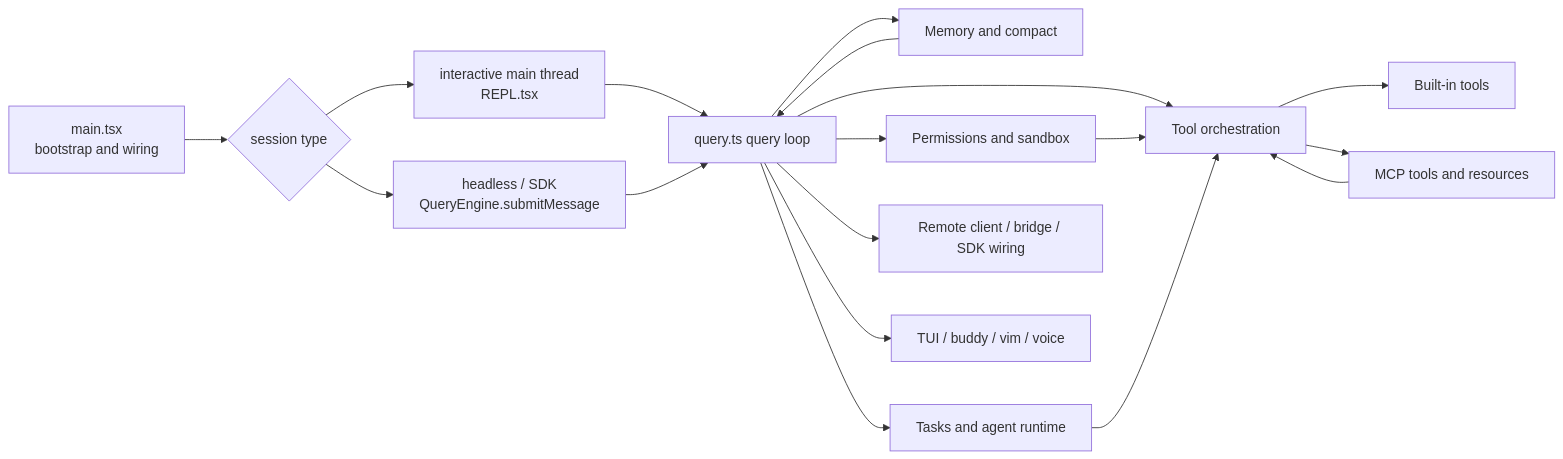
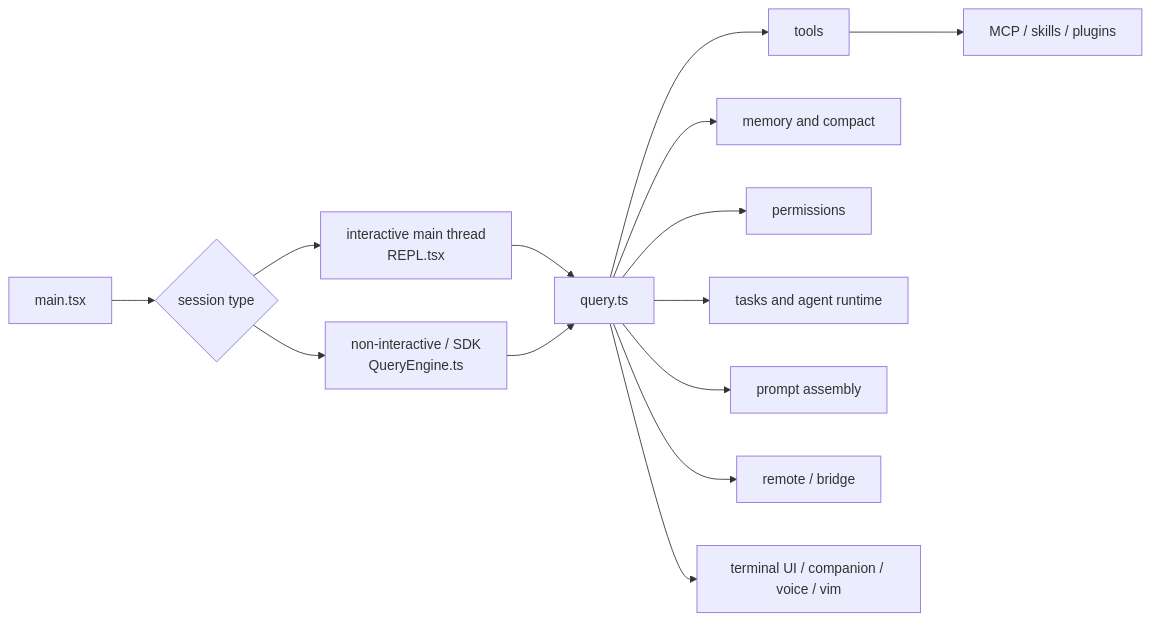
The diagram in ARCHITECTURE.md (Boulea7/ClaudeCode-Source-DeepDive), drawn with Mermaid before and after one commit. The commit also changed other lines of this file and 26 other files, not shown here.

````diff
--- a/ARCHITECTURE.md
+++ b/ARCHITECTURE.md
@@ -19,20 +45,16 @@
 ```mermaid
 flowchart LR
-    A[main.tsx<br/>bootstrap and wiring] --> B{session type}
+    A[main.tsx] --> B{session type}
     B --> C[interactive main thread<br/>REPL.tsx]
-    B --> D[headless / SDK<br/>QueryEngine.submitMessage]
-    C --> E[query.ts query loop]
+    B --> D[non-interactive / SDK<br/>QueryEngine.ts]
+    C --> E[query.ts]
     D --> E
-    E --> F[Tool orchestration]
-    F --> G[Built-in tools]
-    F --> H[MCP tools and resources]
-    E --> I[Memory and compact]
-    E --> J[Permissions and sandbox]
-    E --> K[Tasks and agent runtime]
-    E --> L[Remote client / bridge / SDK wiring]
-    E --> M[TUI / buddy / vim / voice]
-    I --> E
-    J --> F
-    H --> F
-    K --> F
+    E --> F[tools]
+    E --> G[memory and compact]
+    E --> H[permissions]
+    E --> I[tasks and agent runtime]
+    E --> J[prompt assembly]
+    F --> K[MCP / skills / plugins]
+    E --> L[remote / bridge]
+    E --> M[terminal UI / companion / voice / vim]
 ```
````
